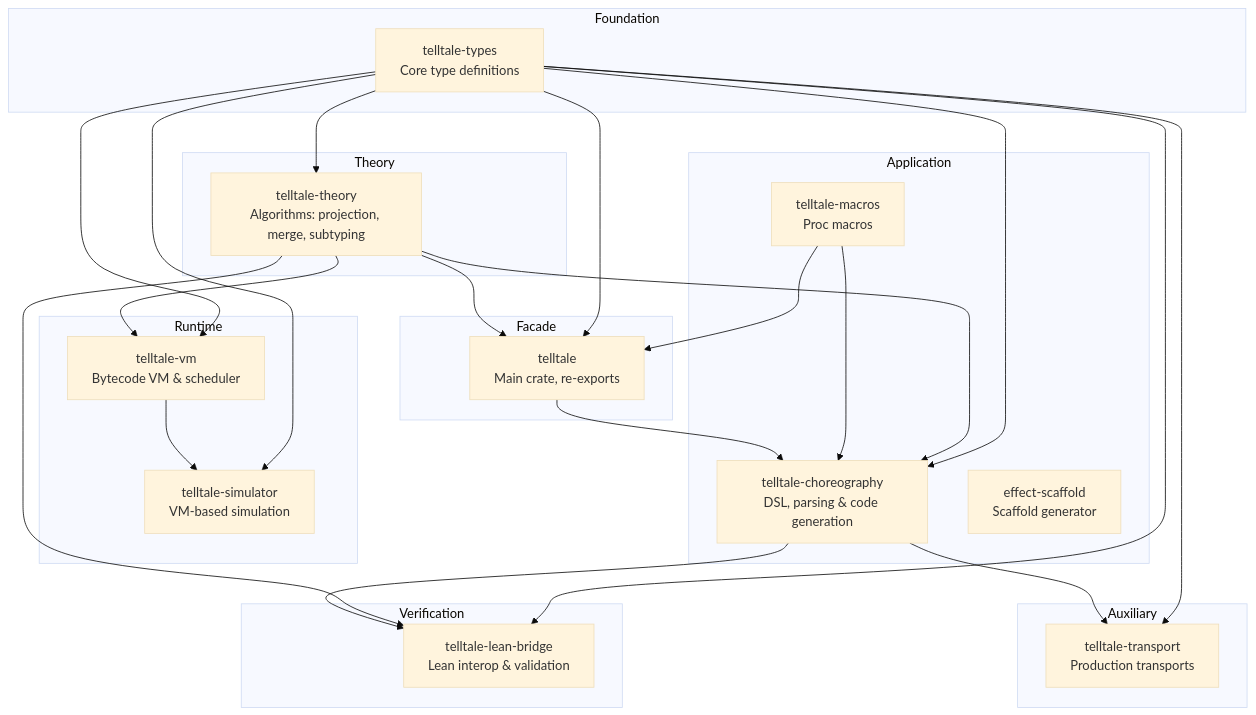
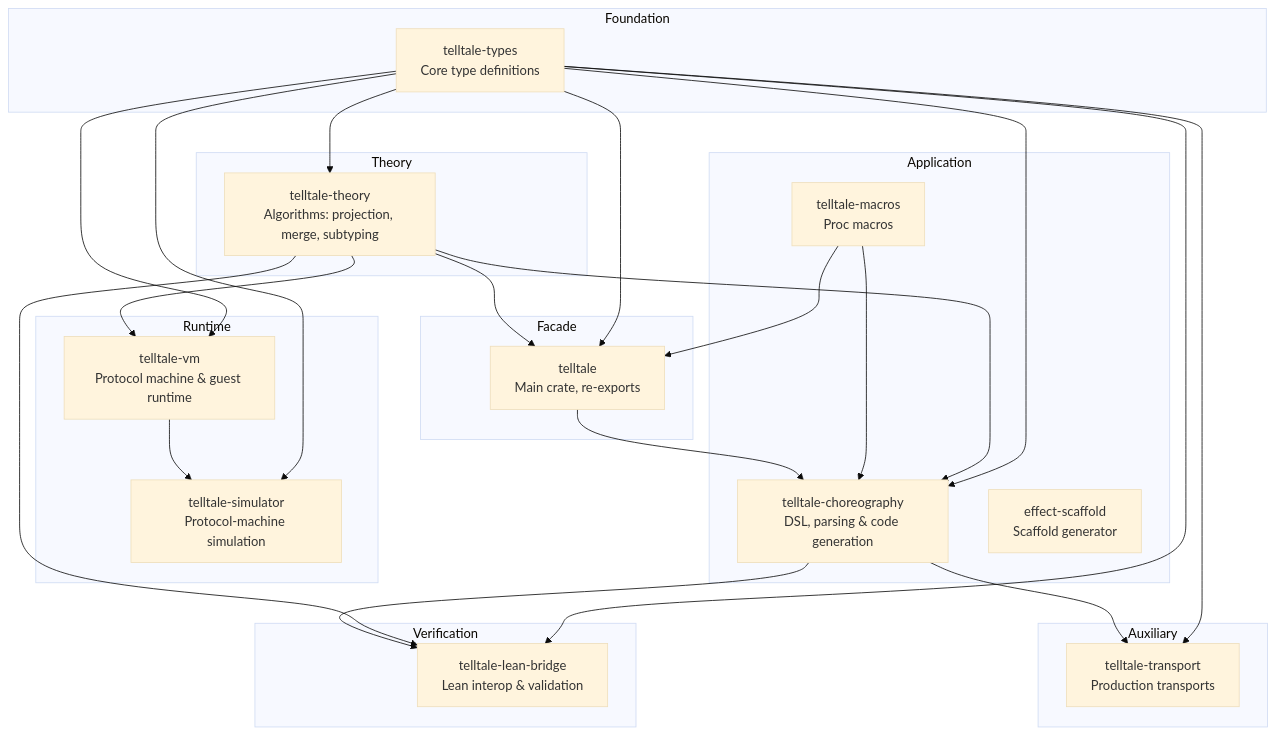
Before and after one commit to hxrts/telltale: the diagram in docs/04_code_organization.md, drawn with Mermaid (base theme). The commit also changed other lines of this file and 13 other files, not shown here.

````diff
--- a/docs/04_code_organization.md
+++ b/docs/04_code_organization.md
@@ -34,56 +34,56 @@
 ```mermaid
 graph TB
     subgraph Foundation
         types["telltale-types<br/>Core type definitions"]
     end
 
     subgraph Theory
         theory["telltale-theory<br/>Algorithms: projection, merge, subtyping"]
     end
 
     subgraph Verification
         lean["telltale-lean-bridge<br/>Lean interop & validation"]
     end
 
     subgraph Runtime
-        vm["telltale-vm<br/>Bytecode VM & scheduler"]
-        simulator["telltale-simulator<br/>VM-based simulation"]
+        vm["telltale-vm<br/>Protocol machine & guest runtime"]
+        simulator["telltale-simulator<br/>Protocol-machine simulation"]
     end
 
     subgraph Application
         choreo["telltale-choreography<br/>DSL, parsing & code generation"]
         macros["telltale-macros<br/>Proc macros"]
         scaffold["effect-scaffold<br/>Scaffold generator"]
     end
 
     subgraph Facade
         main["telltale<br/>Main crate, re-exports"]
     end
 
     subgraph Auxiliary
         transport["telltale-transport<br/>Production transports"]
     end
 
     types --> theory
     types --> main
     types --> choreo
     types --> lean
     types --> vm
     types --> simulator
 
     theory --> main
     theory --> vm
     theory --> choreo
     theory --> lean
 
     vm --> simulator
 
     macros --> main
     macros --> choreo
     main --> choreo
 
     choreo --> lean
 
     types --> transport
     choreo --> transport
 ```
````
